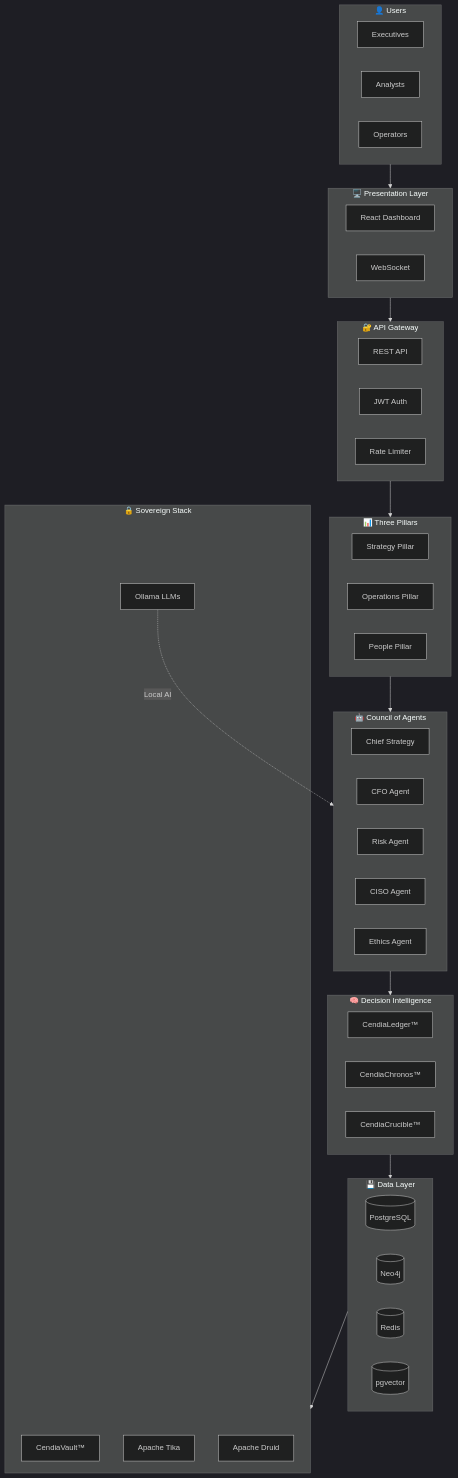
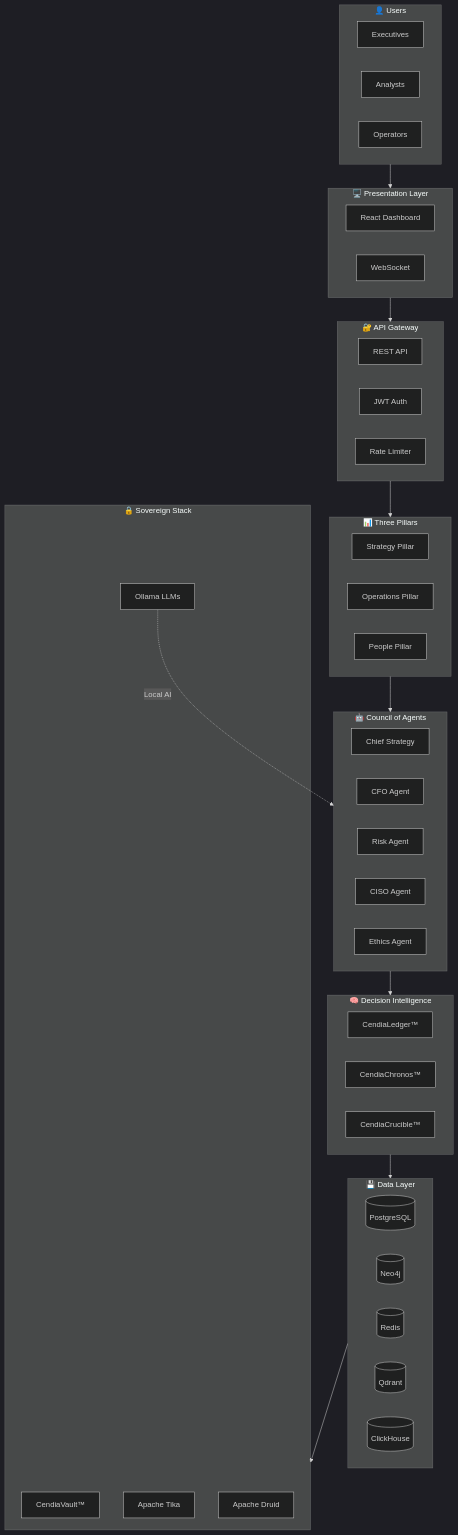
Before and after one commit to datacendia/datacendia-components: the diagram in docs/DATACENDIA_BIBLE.md, drawn with Mermaid (dark theme).

Commit message:
docs: Fix Bible architecture diagram — pgvector → Qdrant + ClickHouse
The platform uses Qdrant for vector search (2560-dim qwen3-embedding:4b),
not pgvector. Added ClickHouse to data layer to match actual stack.

````diff
--- a/docs/DATACENDIA_BIBLE.md
+++ b/docs/DATACENDIA_BIBLE.md
@@ -394,62 +394,63 @@
 ```mermaid
 flowchart TB
     subgraph Users["👤 Users"]
         Exec[Executives]
         Analyst[Analysts]
         Ops[Operators]
     end
 
     subgraph Frontend["🖥️ Presentation Layer"]
         UI[React Dashboard]
         WS[WebSocket]
     end
 
     subgraph API["🔐 API Gateway"]
         REST[REST API]
         Auth[JWT Auth]
         Rate[Rate Limiter]
     end
 
     subgraph Pillars["📊 Three Pillars"]
         Strategy[Strategy Pillar]
         Operations[Operations Pillar]
         People[People Pillar]
     end
 
     subgraph Council["🤖 Council of Agents"]
         Chief[Chief Strategy]
         CFO[CFO Agent]
         Risk[Risk Agent]
         CISO[CISO Agent]
         Ethics[Ethics Agent]
     end
 
     subgraph Intelligence["🧠 Decision Intelligence"]
         Ledger[CendiaLedger™]
         Chronos[CendiaChronos™]
         Crucible[CendiaCrucible™]
     end
 
     subgraph Data["💾 Data Layer"]
         PG[(PostgreSQL)]
         Neo[(Neo4j)]
         Redis[(Redis)]
-        Vector[(pgvector)]
+        Qdrant[(Qdrant)]
+        CH[(ClickHouse)]
     end
 
     subgraph Sovereign["🔒 Sovereign Stack"]
         MinIO[CendiaVault™]
         Tika[Apache Tika]
         Druid[Apache Druid]
         Ollama[Ollama LLMs]
     end
 
     Users --> Frontend
     Frontend --> API
     API --> Pillars
     Pillars --> Council
     Council --> Intelligence
     Intelligence --> Data
     Data --> Sovereign
     Ollama -.->|Local AI| Council
 ```
````
